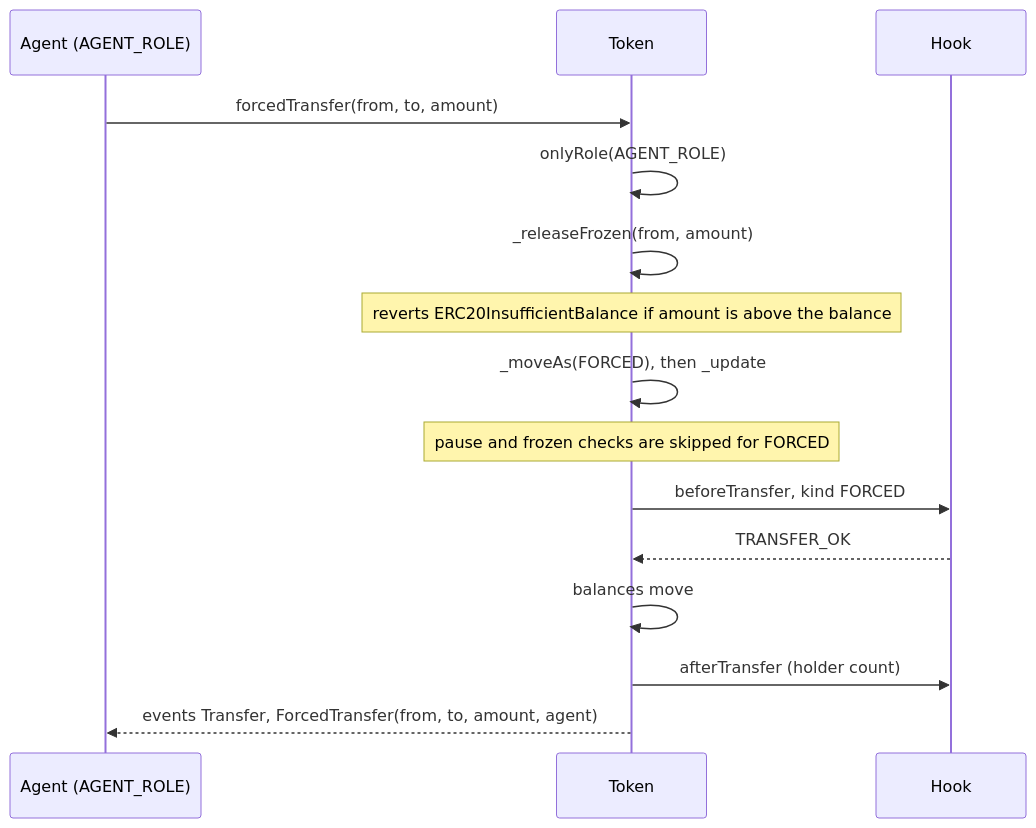
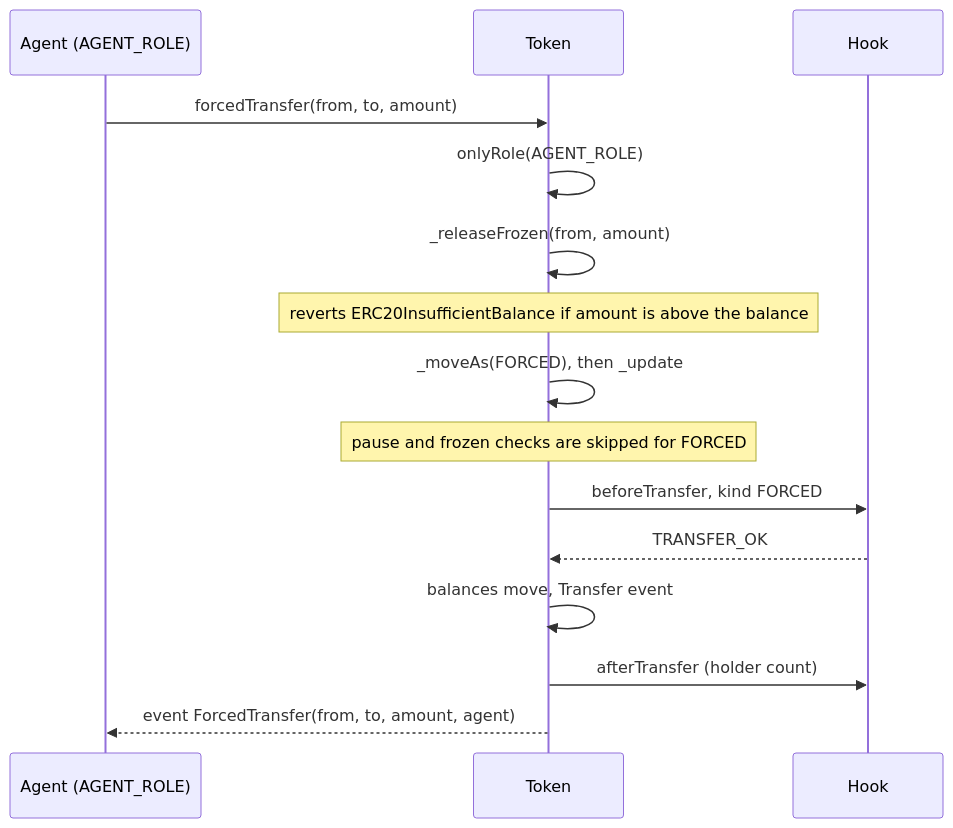
The sixth of 7 diagrams in docs/flows-token.md (fepvenancio/rwa-token), drawn with Mermaid before and after one commit. The commit also changed other lines of this file and 7 other files, not shown here.

````diff
--- a/docs/flows-token.md
+++ b/docs/flows-token.md
@@ -191,17 +192,17 @@
 ```mermaid
 sequenceDiagram
   participant A as Agent (AGENT_ROLE)
   participant T as Token
   participant H as Hook
   A->>T: forcedTransfer(from, to, amount)
   T->>T: onlyRole(AGENT_ROLE)
   T->>T: _releaseFrozen(from, amount)
   Note over T: reverts ERC20InsufficientBalance if amount is above the balance
   T->>T: _moveAs(FORCED), then _update
   Note over T: pause and frozen checks are skipped for FORCED
   T->>H: beforeTransfer, kind FORCED
   H-->>T: TRANSFER_OK
-  T->>T: balances move
+  T->>T: balances move, Transfer event
   T->>H: afterTransfer (holder count)
-  T-->>A: events Transfer, ForcedTransfer(from, to, amount, agent)
+  T-->>A: event ForcedTransfer(from, to, amount, agent)
 ```
````
